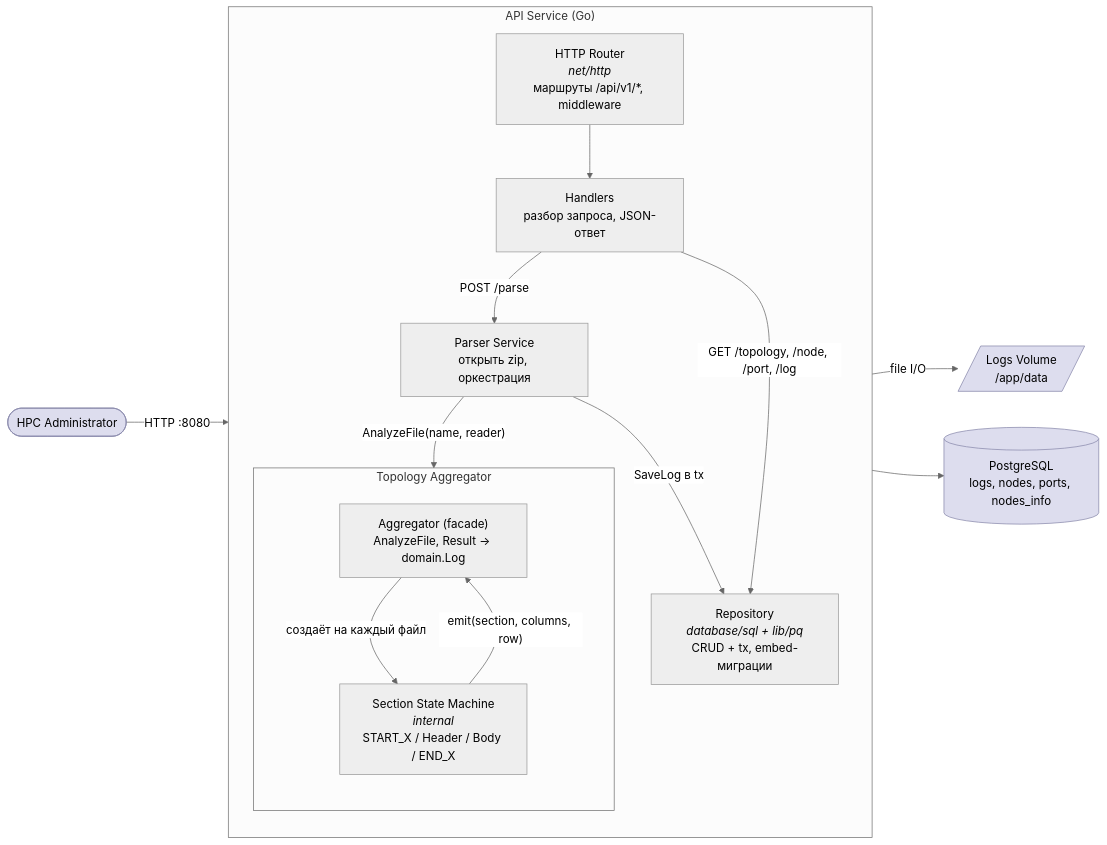
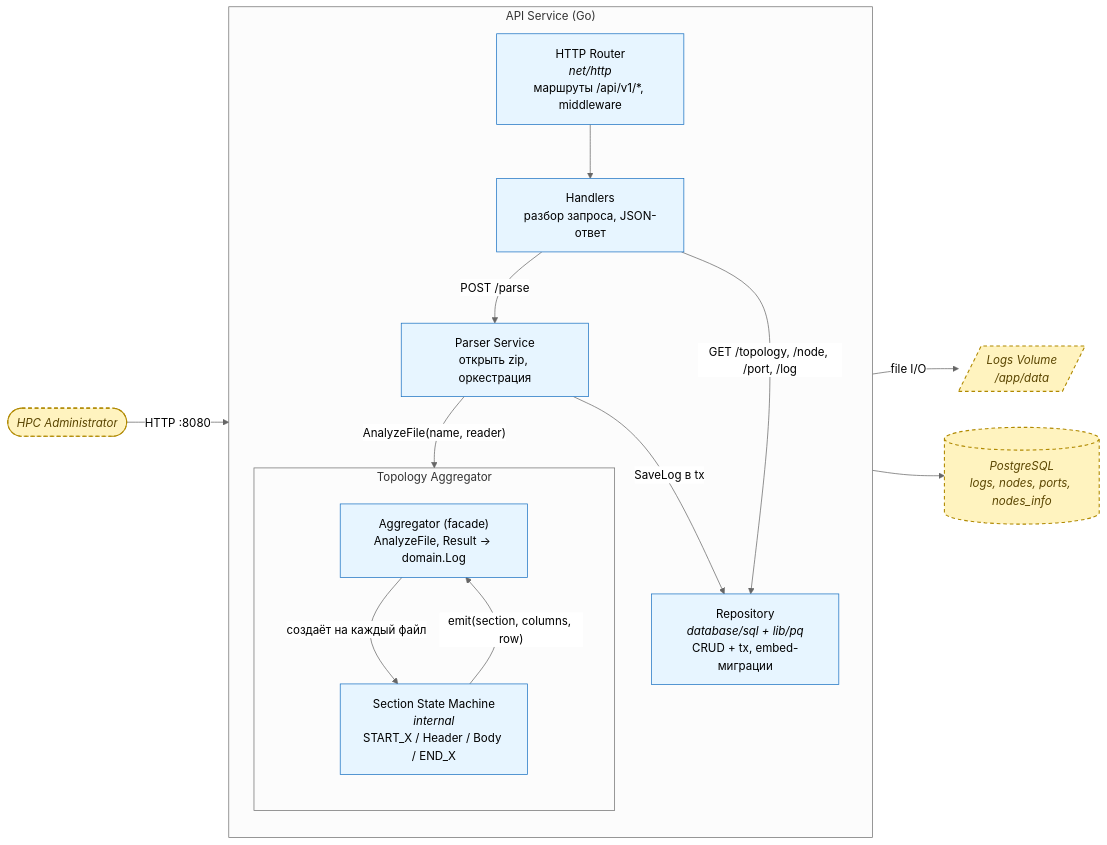
Before and after one commit to 6ermvH/log-parser: the diagram in docs/c3-components.md, drawn with Mermaid (neutral theme).

Commit message:
docs(c3-components): update flowchart styling and class definitions

````diff
--- a/docs/c3-components.md
+++ b/docs/c3-components.md
@@ -3,35 +3,38 @@
 ```mermaid
 flowchart LR
     admin(["HPC Administrator"])
     db[("PostgreSQL<br/>logs, nodes, ports, nodes_info")]
     fs[/"Logs Volume<br/>/app/data"/]
 
     subgraph api["API Service (Go)"]
         direction TB
         router["HTTP Router<br/><i>net/http</i><br/>маршруты /api/v1/*, middleware"]
         handlers["Handlers<br/>разбор запроса, JSON-ответ"]
         parserSvc["Parser Service<br/>открыть zip, оркестрация"]
 
         subgraph agg["Topology Aggregator"]
             direction TB
             aggFacade["Aggregator (facade)<br/>AnalyzeFile, Result → domain.Log"]
             sm["Section State Machine<br/><i>internal</i><br/>START_X / Header / Body / END_X"]
         end
 
         repo["Repository<br/><i>database/sql + lib/pq</i><br/>CRUD + tx, embed-миграции"]
     end
 
     admin -- "HTTP :8080" --> router
     router --> handlers
     handlers -- "POST /parse" --> parserSvc
     handlers -- "GET /topology, /node, /port, /log" --> repo
     parserSvc -- "file I/O" --> fs
     parserSvc -- "AnalyzeFile(name, reader)" --> aggFacade
     aggFacade -- "создаёт на каждый файл" --> sm
     sm -- "emit(section, columns, row)" --> aggFacade
     parserSvc -- "SaveLog в tx" --> repo
     repo --> db
 
-    classDef ext fill:#dde,stroke:#88a,stroke-width:1px
+    classDef ext fill:#fff3bf,stroke:#b08900,stroke-width:1.5px,stroke-dasharray:5 4,color:#5a4500,font-style:italic
+    classDef boundary fill:#f8faff,stroke:#3b5bdb,stroke-width:1.5px
+    classDef internal fill:#e7f5ff,stroke:#1971c2
     class admin,db,fs ext
+    class router,handlers,parserSvc,aggFacade,sm,repo internal
 ```
````
